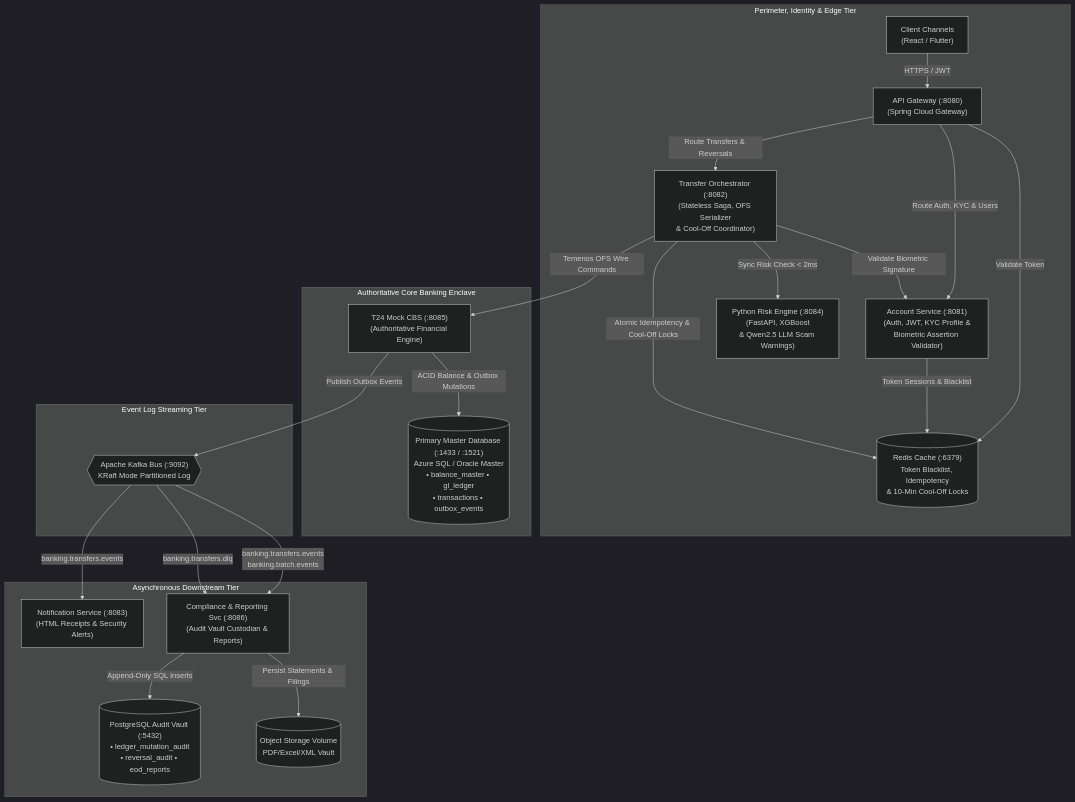
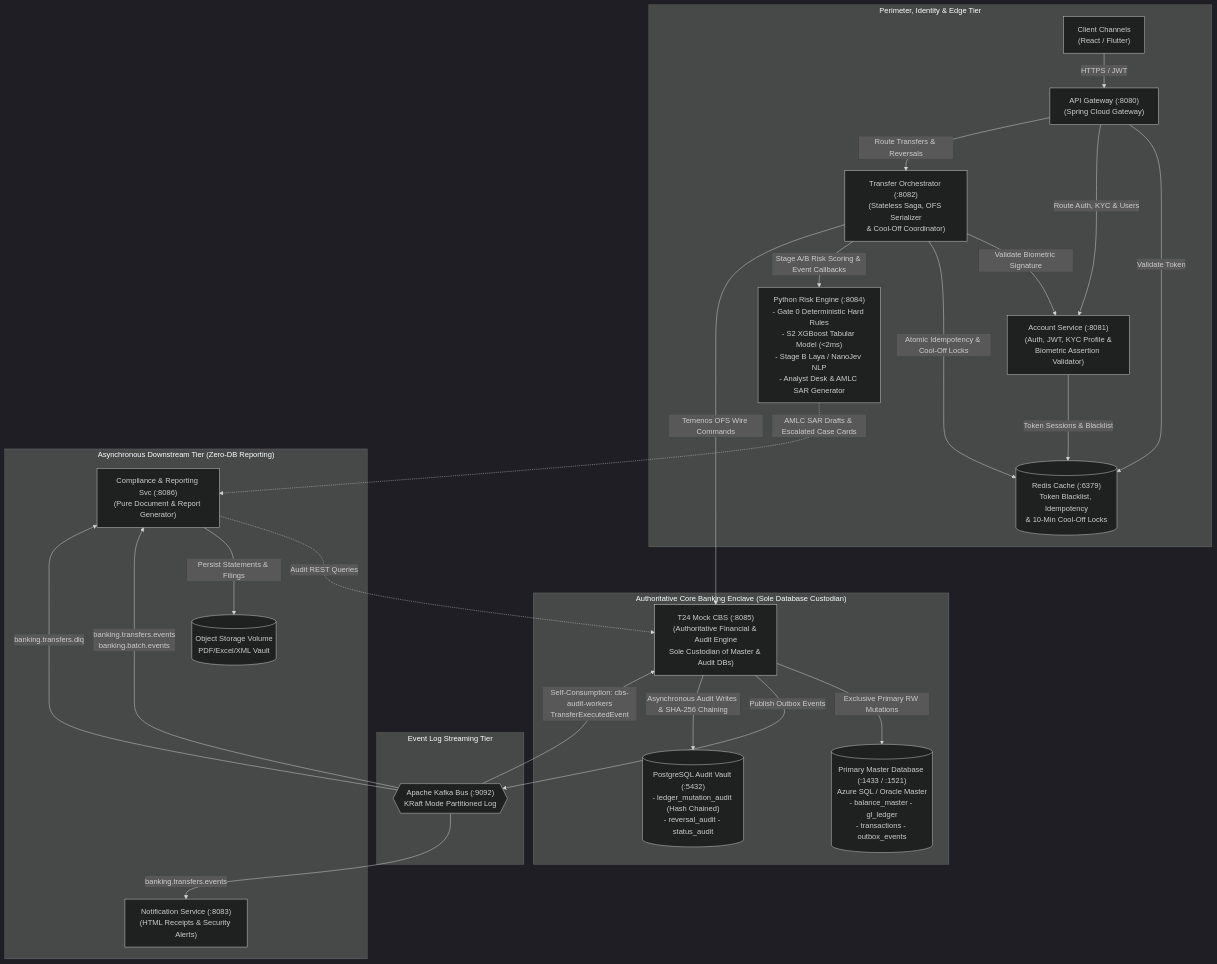
Before and after one commit to romzelmadidev/group3_fse_capstone: the first of 27 diagrams in docs/architecture/TARGET_ARCHITECTURE_TRANSITION_DESIGN.md, drawn with Mermaid (dark theme). The commit also changed other lines of this file and 1 other file, not shown here.

````diff
--- a/docs/architecture/TARGET_ARCHITECTURE_TRANSITION_DESIGN.md
+++ b/docs/architecture/TARGET_ARCHITECTURE_TRANSITION_DESIGN.md
@@ -32,44 +32,47 @@
 ```mermaid
 flowchart TD
     subgraph Edge_Tier["Perimeter, Identity & Edge Tier"]
         UI["Client Channels<br/>(React / Flutter)"]
         GW["API Gateway (:8080)<br/>(Spring Cloud Gateway)"]
         ACCT["Account Service (:8081)<br/>(Auth, JWT, KYC Profile &<br/>Biometric Assertion Validator)"]
         REDIS[("Redis Cache (:6379)<br/>Token Blacklist, Idempotency<br/>& 10-Min Cool-Off Locks")]
         ORCH["Transfer Orchestrator (:8082)<br/>(Stateless Saga, OFS Serializer<br/>& Cool-Off Coordinator)"]
-        RISK["Python Risk Engine (:8084)<br/>(FastAPI, XGBoost<br/>& Qwen2.5 LLM Scam Warnings)"]
+        RISK["Python Risk Engine (:8084)<br/>- Gate 0 Deterministic Hard Rules<br/>- S2 XGBoost Tabular Model (&lt;2ms)<br/>- Stage B Laya / NanoJev NLP<br/>- Analyst Desk & AMLC SAR Generator"]
     end
 
-    subgraph Core_Enclave["Authoritative Core Banking Enclave"]
-        CBS["T24 Mock CBS (:8085)<br/>(Authoritative Financial Engine)"]
-        MASTER_DB[("Primary Master Database (:1433 / :1521)<br/>Azure SQL / Oracle Master<br/>• balance_master • gl_ledger<br/>• transactions • outbox_events")]
+    subgraph Core_Enclave["Authoritative Core Banking Enclave (Sole Database Custodian)"]
+        CBS["T24 Mock CBS (:8085)<br/>(Authoritative Financial & Audit Engine<br/>Sole Custodian of Master & Audit DBs)"]
+        MASTER_DB[("Primary Master Database (:1433 / :1521)<br/>Azure SQL / Oracle Master<br/>- balance_master - gl_ledger<br/>- transactions - outbox_events")]
+        AUDIT_DB[("PostgreSQL Audit Vault (:5432)<br/>- ledger_mutation_audit (Hash Chained)<br/>- reversal_audit - status_audit")]
     end
 
     subgraph Event_Log["Event Log Streaming Tier"]
         KAFKA{{"Apache Kafka Bus (:9092)<br/>KRaft Mode Partitioned Log"}}
     end
 
-    subgraph Async_Subscribers["Asynchronous Downstream Tier"]
+    subgraph Async_Subscribers["Asynchronous Downstream Tier (Zero-DB Reporting)"]
         NOTIF["Notification Service (:8083)<br/>(HTML Receipts & Security Alerts)"]
-        COMP["Compliance & Reporting Svc (:8086)<br/>(Audit Vault Custodian & Reports)"]
-        AUDIT_DB[("PostgreSQL Audit Vault (:5432)<br/>• ledger_mutation_audit<br/>• reversal_audit • eod_reports")]
+        COMP["Compliance & Reporting Svc (:8086)<br/>(Pure Document & Report Generator)"]
         STORAGE[("Object Storage Volume<br/>PDF/Excel/XML Vault")]
     end
 
     UI -->|HTTPS / JWT| GW
     GW -->|Validate Token| REDIS
     GW -->|Route Auth, KYC & Users| ACCT
     GW -->|Route Transfers & Reversals| ORCH
     ACCT -->|Token Sessions & Blacklist| REDIS
     ORCH -->|Validate Biometric Signature| ACCT
     ORCH -->|Atomic Idempotency & Cool-Off Locks| REDIS
-    ORCH -->|Sync Risk Check < 2ms| RISK
+    ORCH -->|Stage A/B Risk Scoring & Event Callbacks| RISK
     ORCH -->|Temenos OFS Wire Commands| CBS
-    CBS -->|ACID Balance & Outbox Mutations| MASTER_DB
+    RISK -.->|AMLC SAR Drafts & Escalated Case Cards| COMP
+    CBS -->|Exclusive Primary RW Mutations| MASTER_DB
     CBS -->|Publish Outbox Events| KAFKA
+    KAFKA -->|Self-Consumption: cbs-audit-workers<br/>TransferExecutedEvent| CBS
+    CBS -->|Asynchronous Audit Writes & SHA-256 Chaining| AUDIT_DB
     KAFKA -->|banking.transfers.events| NOTIF
     KAFKA -->|banking.transfers.events<br/>banking.batch.events| COMP
     KAFKA -->|banking.transfers.dlq| COMP
-    COMP -->|Append-Only SQL Inserts| AUDIT_DB
+    COMP -.->|Audit REST Queries| CBS
     COMP -->|Persist Statements & Filings| STORAGE
 ```
````
